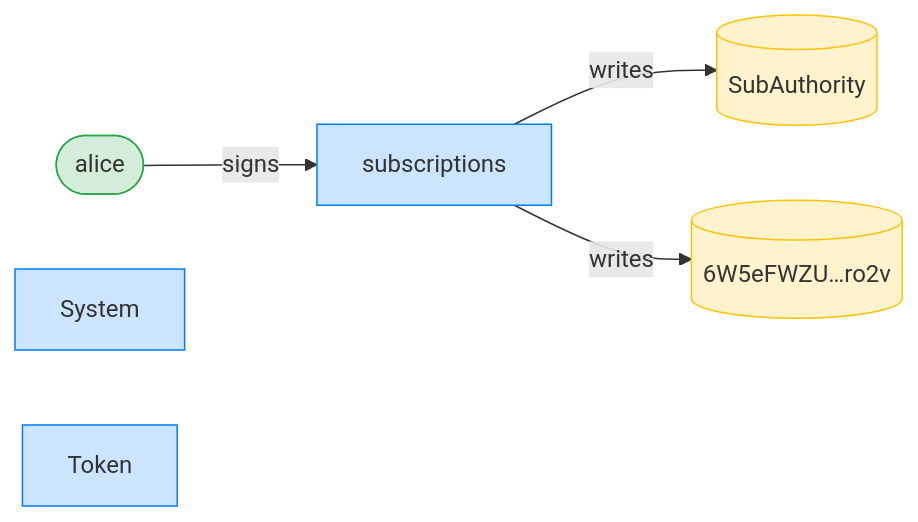
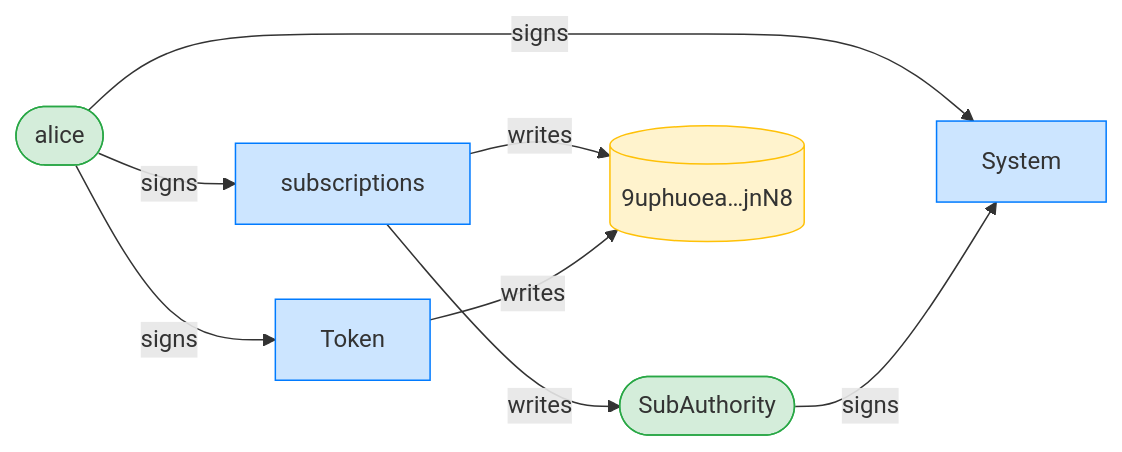
One commit to cds-rs/subscriptions changed the third of 4 diagrams in dsl_tests/reject-a-recurring-delegation-with-a-zero-period.md. Above: the diagram before and after it, drawn with Mermaid. The commit also changed other lines of this file and 224 other files, not shown here.

````diff
--- a/dsl_tests/reject-a-recurring-delegation-with-a-zero-period.md
+++ b/dsl_tests/reject-a-recurring-delegation-with-a-zero-period.md
@@ -55,15 +56,19 @@
 ```mermaid
 flowchart LR
     classDef signer fill:#d4edda,stroke:#28a745;
     classDef program fill:#cce5ff,stroke:#007bff;
     classDef writable fill:#fff3cd,stroke:#ffc107;
     subscriptions[subscriptions]:::program
     alice([alice]):::signer
-    SubAuthority[(SubAuthority)]:::writable
-    6W5eFWZU_ro2v[("6W5eFWZU…ro2v")]:::writable
+    SubAuthority([SubAuthority]):::signer
+    9uphuoea_jnN8[("9uphuoea…jnN8")]:::writable
     System[System]:::program
     Token[Token]:::program
     alice -->|signs| subscriptions
+    alice -->|signs| System
+    SubAuthority -->|signs| System
+    alice -->|signs| Token
     subscriptions -->|writes| SubAuthority
-    subscriptions -->|writes| 6W5eFWZU_ro2v
+    subscriptions -->|writes| 9uphuoea_jnN8
+    Token -->|writes| 9uphuoea_jnN8
 ```
````
